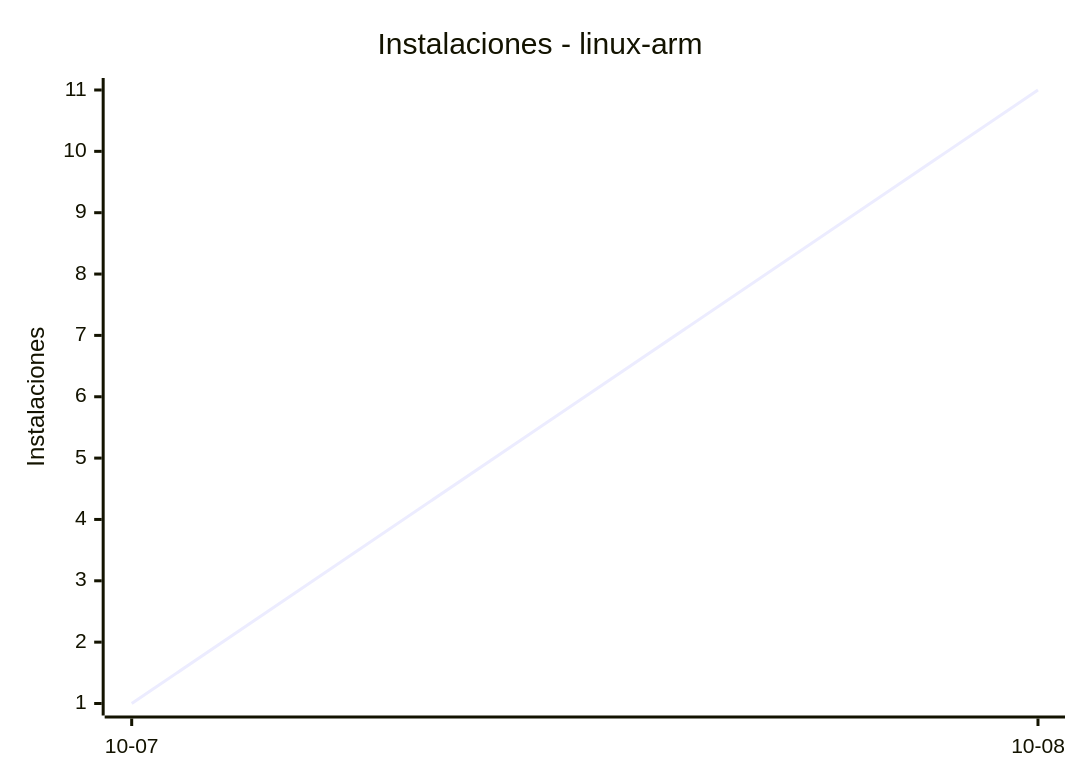
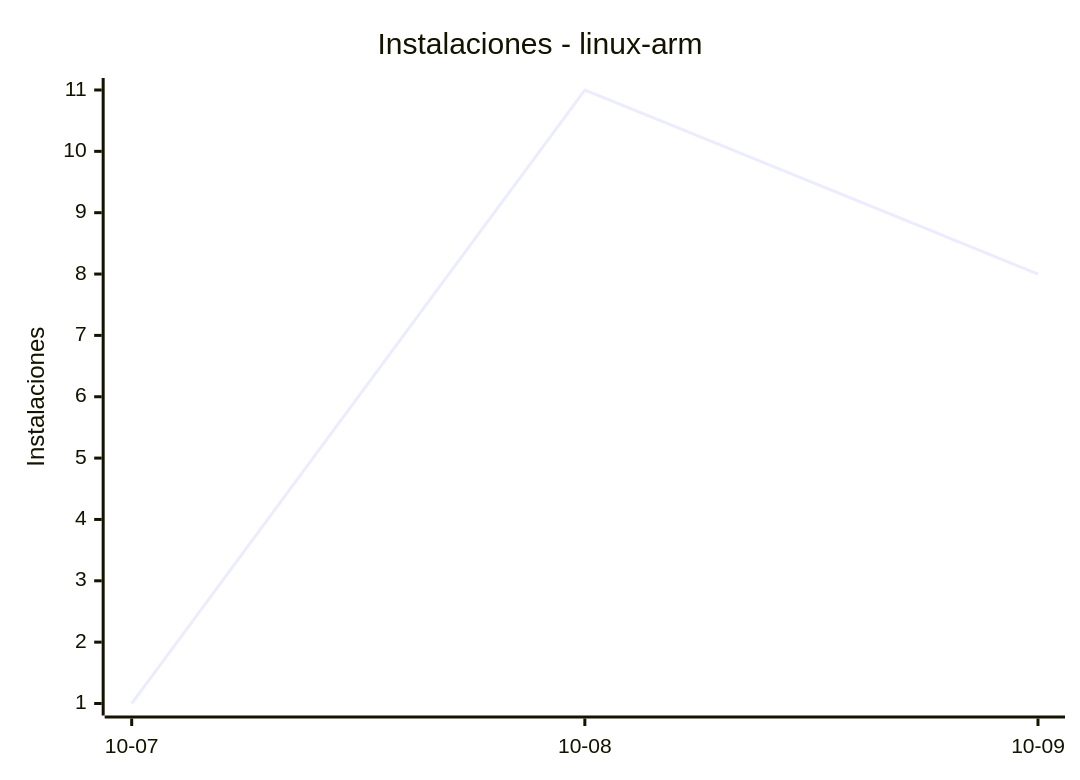
One commit to EmuDeck/stats changed the fifth of 8 diagrams in README.md. Above: the diagram before and after it, drawn with Mermaid. The commit also changed other lines of this file and 2 other files, not shown here.

````diff
--- a/README.md
+++ b/README.md
@@ -60,7 +60,7 @@
 ```mermaid
 xychart-beta
     title "Instalaciones - linux-arm"
-    x-axis ["10-07", "10-08"]
+    x-axis ["10-07", "10-08", "10-09"]
     y-axis "Instalaciones"
-    line [1, 11]
+    line [1, 11, 8]
 ```
````
